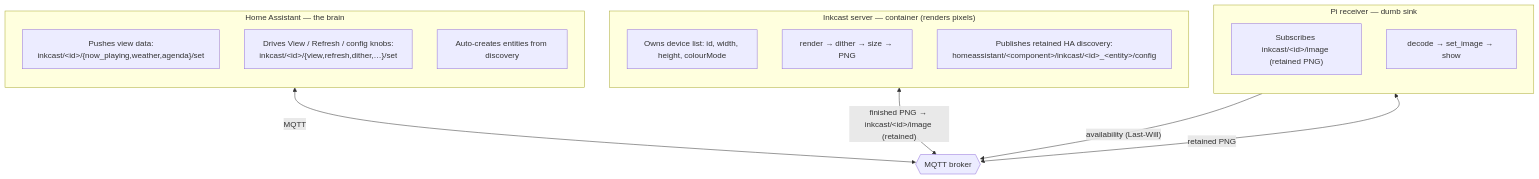
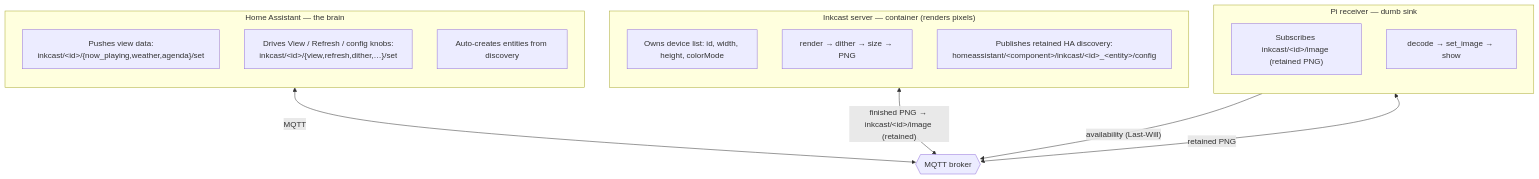
The first of 2 diagrams in docs/architecture.md (Sawtaytoes/castkit), drawn with Mermaid before and after one commit. The commit also changed other lines of this file and 162 other files, not shown here.

````diff
--- a/docs/architecture.md
+++ b/docs/architecture.md
@@ -14,29 +14,29 @@
 ```mermaid
 flowchart TB
   BROKER{{"MQTT broker"}}
 
   subgraph HA["Home Assistant — the brain"]
     direction TB
     A1["Pushes view data:<br/>inkcast/&lt;id&gt;/{now_playing,weather,agenda}/set"]
     A2["Drives View / Refresh / config knobs:<br/>inkcast/&lt;id&gt;/{view,refresh,dither,…}/set"]
     A3["Auto-creates entities from discovery"]
   end
 
   subgraph SRV["Inkcast server — container (renders pixels)"]
     direction TB
-    S1["Owns device list: id, width, height, colourMode"]
+    S1["Owns device list: id, width, height, colorMode"]
     S2["render → dither → size → PNG"]
     S3["Publishes retained HA discovery:<br/>homeassistant/&lt;component&gt;/inkcast/&lt;id&gt;_&lt;entity&gt;/config"]
   end
 
   subgraph DEV["Pi receiver — dumb sink"]
     direction TB
     D1["Subscribes inkcast/&lt;id&gt;/image (retained PNG)"]
     D2["decode → set_image → show"]
   end
 
   HA <-->|MQTT| BROKER
   SRV <-->|"finished PNG → inkcast/&lt;id&gt;/image (retained)"| BROKER
   BROKER <-->|"retained PNG"| DEV
   DEV -->|"availability (Last-Will)"| BROKER
 ```
````
